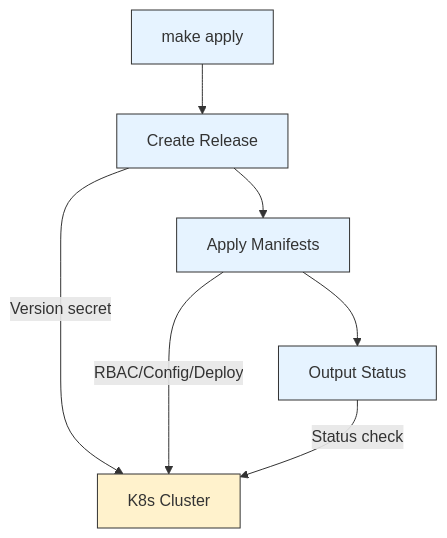
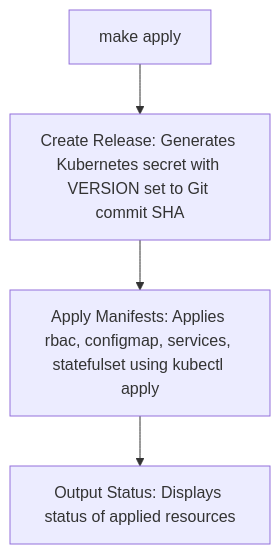
Before and after one commit to avkcode/vault: the diagram in README.md, drawn with Mermaid. The commit also changed other lines of this file, not shown here.

````diff
--- a/README.md
+++ b/README.md
@@ -373,16 +373,6 @@
 ```mermaid
 flowchart TD
-    A[make apply] --> B[Create Release]
-    B --> C[Apply Manifests]
-    C --> D[Output Status]
-    
-    B -->|"Version secret"| K[K8s Cluster]
-    C -->|"RBAC/Config/Deploy"| K
-    D -->|"Status check"| K
-    
-    style A fill:#e6f3ff,stroke:#333
-    style B fill:#e6f3ff,stroke:#333
-    style C fill:#e6f3ff,stroke:#333
-    style D fill:#e6f3ff,stroke:#333
-    style K fill:#fff2cc,stroke:#333
+    A[make apply] --> B[Create Release: Generates Kubernetes secret with VERSION set to Git commit SHA]
+    B --> C[Apply Manifests: Applies rbac, configmap, services, statefulset using kubectl apply]
+    C --> D[Output Status: Displays status of applied resources]
 ```
````
